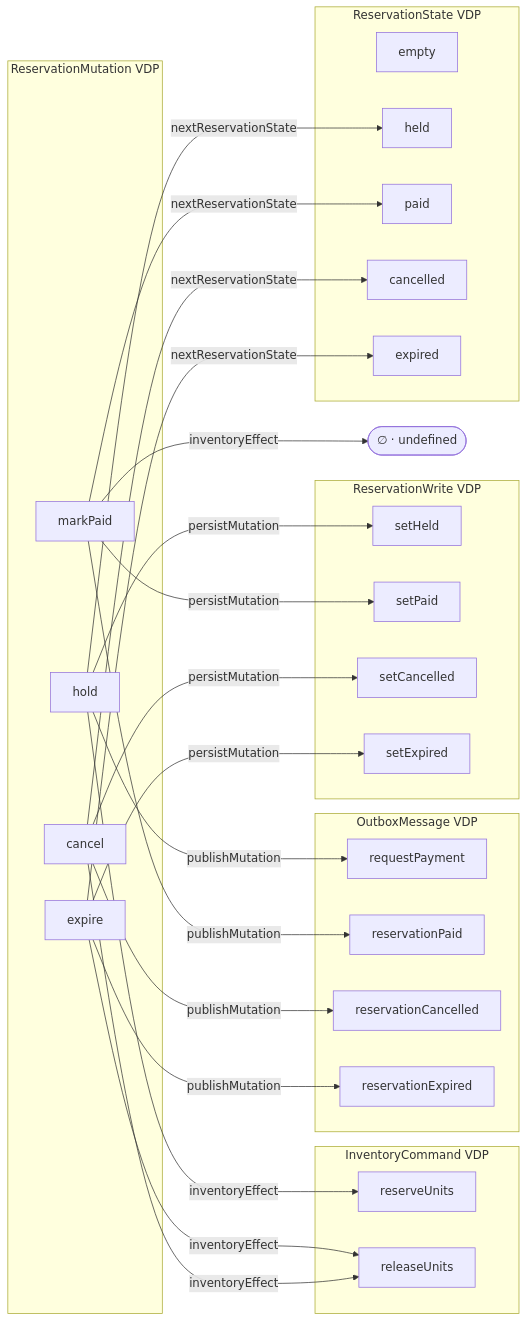
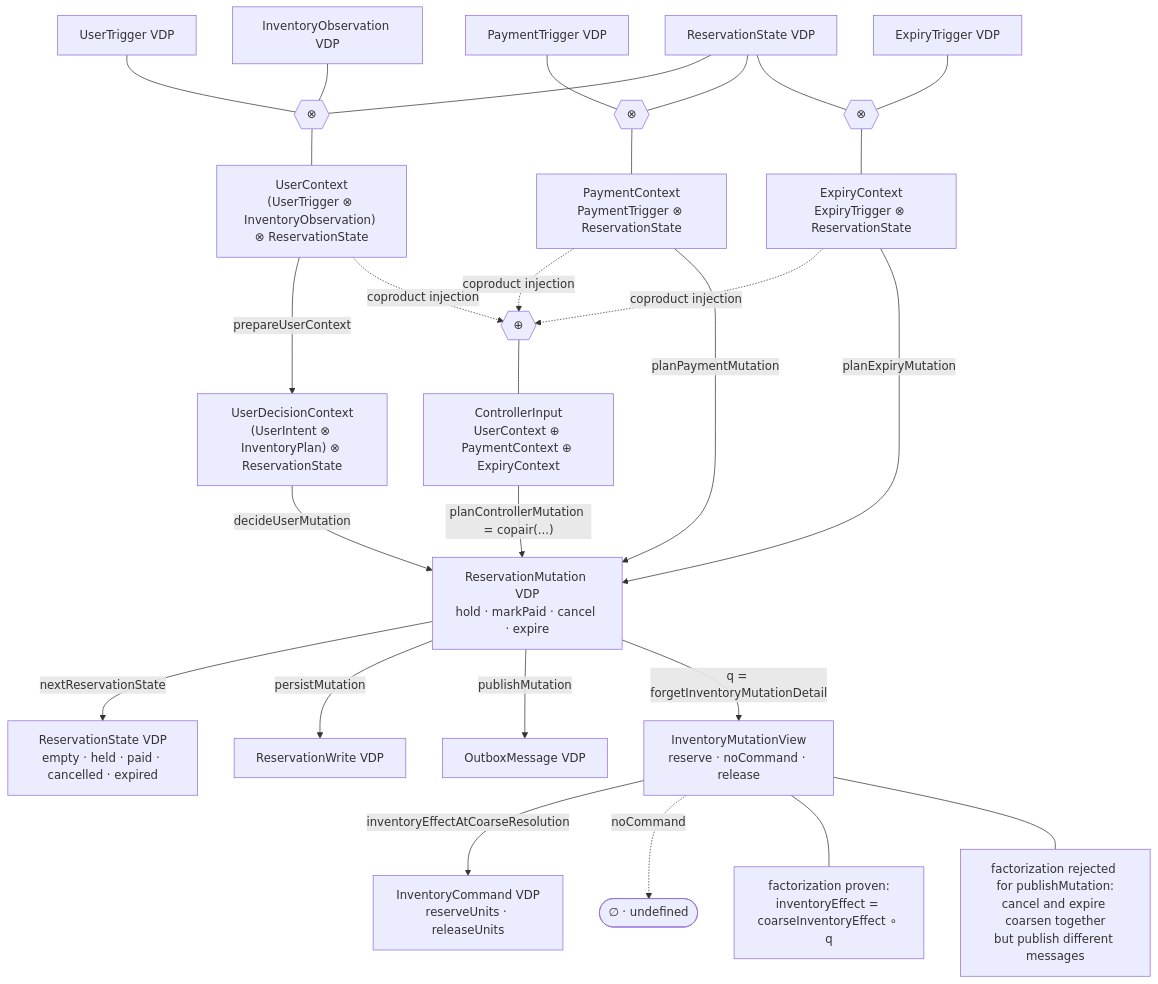
Before and after one commit to mrvanish97/archiscript: the diagram in README.md, drawn with Mermaid. The commit also changed other lines of this file, not shown here.

````diff
--- a/README.md
+++ b/README.md
@@ -476,58 +294,69 @@
 ```mermaid
-flowchart LR
-  subgraph RM["ReservationMutation VDP"]
-    M0["hold"]
-    M1["markPaid"]
-    M2["cancel"]
-    M3["expire"]
-  end
+flowchart TB
+  UT["UserTrigger VDP"]
+  IO["InventoryObservation VDP"]
+  RS["ReservationState VDP"]
+  PT["PaymentTrigger VDP"]
+  ET["ExpiryTrigger VDP"]
 
-  subgraph RS["ReservationState VDP"]
-    S0["empty"]
-    S1["held"]
-    S2["paid"]
-    S3["cancelled"]
-    S4["expired"]
-  end
+  UXT{{"⊗"}}
+  PXT{{"⊗"}}
+  EXT{{"⊗"}}
 
-  subgraph RW["ReservationWrite VDP"]
-    W0["setHeld"]
-    W1["setPaid"]
-    W2["setCancelled"]
-    W3["setExpired"]
-  end
+  UC["UserContext<br/>(UserTrigger ⊗ InventoryObservation) ⊗ ReservationState"]
+  PC["PaymentContext<br/>PaymentTrigger ⊗ ReservationState"]
+  EC["ExpiryContext<br/>ExpiryTrigger ⊗ ReservationState"]
 
-  subgraph OM["OutboxMessage VDP"]
-    O0["requestPayment"]
-    O1["reservationPaid"]
-    O2["reservationCancelled"]
-    O3["reservationExpired"]
-  end
+  UDC["UserDecisionContext<br/>(UserIntent ⊗ InventoryPlan) ⊗ ReservationState"]
 
-  subgraph IC["InventoryCommand VDP"]
-    I0["reserveUnits"]
-    I1["releaseUnits"]
-  end
+  COP{{"⊕"}}
+  CI["ControllerInput<br/>UserContext ⊕ PaymentContext ⊕ ExpiryContext"]
 
-  IX(["∅ · undefined"])
+  RM["ReservationMutation VDP<br/>hold · markPaid · cancel · expire"]
+  RSTATE["ReservationState VDP<br/>empty · held · paid · cancelled · expired"]
+  WRITE["ReservationWrite VDP"]
+  OUTBOX["OutboxMessage VDP"]
 
-  M0 -->|"nextReservationState"| S1
-  M1 -->|"nextReservationState"| S2
-  M2 -->|"nextReservationState"| S3
-  M3 -->|"nextReservationState"| S4
+  Q["InventoryMutationView<br/>reserve · noCommand · release"]
+  INV["InventoryCommand VDP<br/>reserveUnits · releaseUnits"]
+  NONE(["∅ · undefined"])
 
-  M0 -->|"persistMutation"| W0
-  M1 -->|"persistMutation"| W1
-  M2 -->|"persistMutation"| W2
-  M3 -->|"persistMutation"| W3
+  NOTE1["factorization proven:<br/>inventoryEffect = coarseInventoryEffect ∘ q"]
+  NOTE2["factorization rejected for publishMutation:<br/>cancel and expire coarsen together<br/>but publish different messages"]
 
-  M0 -->|"publishMutation"| O0
-  M1 -->|"publishMutation"| O1
-  M2 -->|"publishMutation"| O2
-  M3 -->|"publishMutation"| O3
+  UT --- UXT
+  IO --- UXT
+  RS --- UXT
+  UXT --- UC
 
-  M0 -->|"inventoryEffect"| I0
-  M1 -->|"inventoryEffect"| IX
-  M2 -->|"inventoryEffect"| I1
-  M3 -->|"inventoryEffect"| I1
+  PT --- PXT
+  RS --- PXT
+  PXT --- PC
+
+  ET --- EXT
+  RS --- EXT
+  EXT --- EC
+
+  UC -->|"prepareUserContext"| UDC
+  UDC -->|"decideUserMutation"| RM
+
+  UC -.->|"coproduct injection"| COP
+  PC -.->|"coproduct injection"| COP
+  EC -.->|"coproduct injection"| COP
+  COP --- CI
+  CI -->|"planControllerMutation = copair(...)"| RM
+
+  PC -->|"planPaymentMutation"| RM
+  EC -->|"planExpiryMutation"| RM
+
+  RM -->|"nextReservationState"| RSTATE
+  RM -->|"persistMutation"| WRITE
+  RM -->|"publishMutation"| OUTBOX
+
+  RM -->|"q = forgetInventoryMutationDetail"| Q
+  Q -->|"inventoryEffectAtCoarseResolution"| INV
+  Q -.->|"noCommand"| NONE
+
+  Q --- NOTE1
+  Q --- NOTE2
 ```
````
